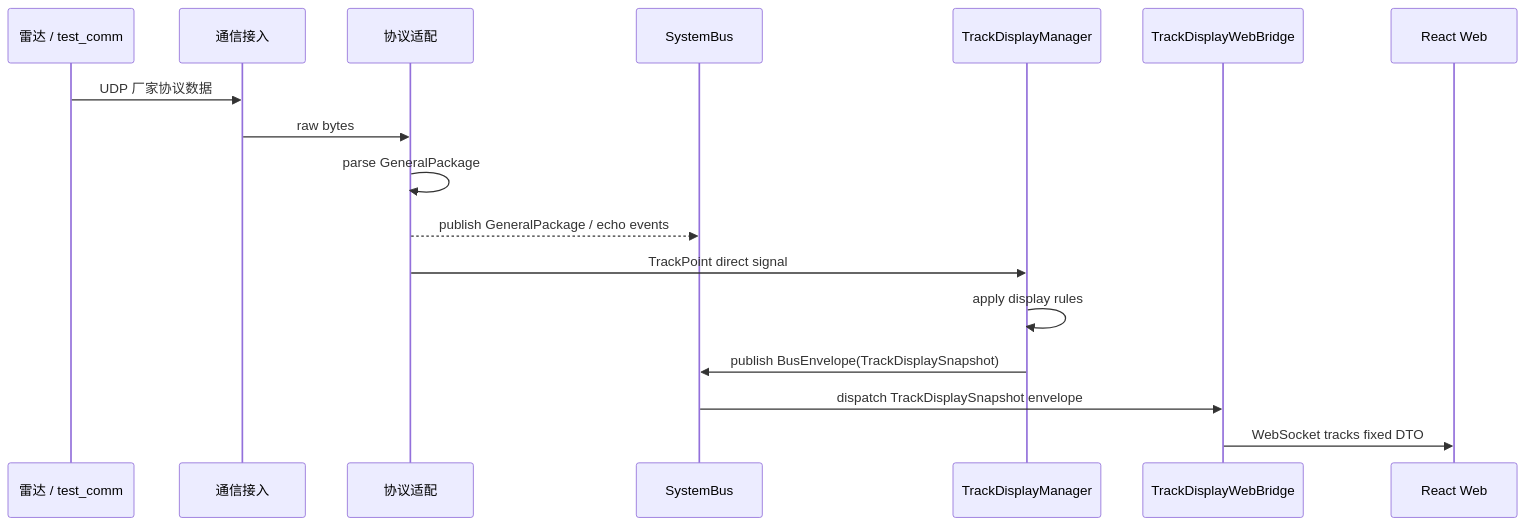
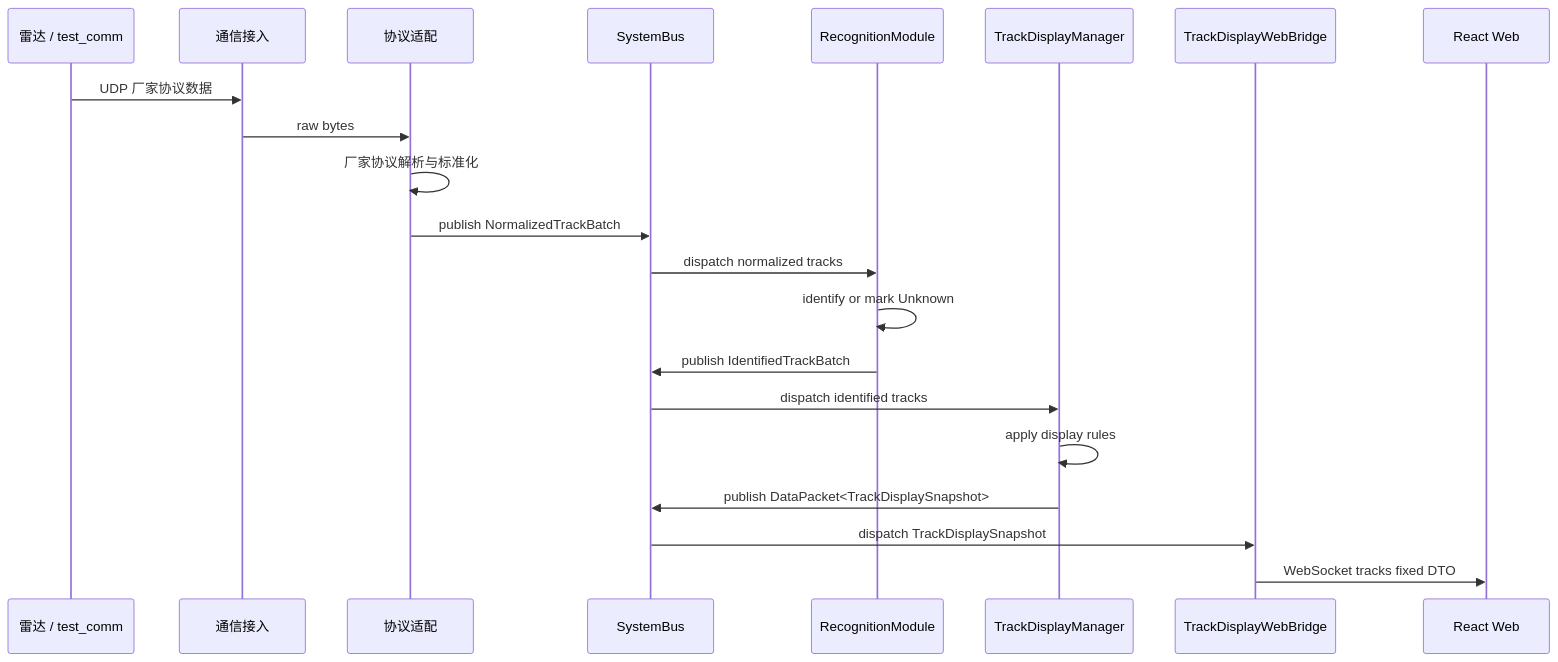
The first of 7 diagrams in doc/architecture/05-核心流程.md (YoungL524/newAnti_arch), drawn with Mermaid before and after one commit. The commit also changed other lines of this file and 33 other files, not shown here.

````diff
--- a/doc/architecture/05-核心流程.md
+++ b/doc/architecture/05-核心流程.md
@@ -8,20 +8,24 @@
 ```mermaid
 sequenceDiagram
     participant Radar as 雷达 / test_comm
     participant Comm as 通信接入
     participant Adapter as 协议适配
     participant Bus as SystemBus
+    participant Recognition as RecognitionModule
     participant Track as TrackDisplayManager
     participant WebBridge as TrackDisplayWebBridge
     participant UI as React Web
 
     Radar->>Comm: UDP 厂家协议数据
     Comm->>Adapter: raw bytes
-    Adapter->>Adapter: parse GeneralPackage
-    Adapter-->>Bus: publish GeneralPackage / echo events
-    Adapter->>Track: TrackPoint direct signal
+    Adapter->>Adapter: 厂家协议解析与标准化
+    Adapter->>Bus: publish NormalizedTrackBatch
+    Bus->>Recognition: dispatch normalized tracks
+    Recognition->>Recognition: identify or mark Unknown
+    Recognition->>Bus: publish IdentifiedTrackBatch
+    Bus->>Track: dispatch identified tracks
     Track->>Track: apply display rules
-    Track->>Bus: publish BusEnvelope(TrackDisplaySnapshot)
-    Bus->>WebBridge: dispatch TrackDisplaySnapshot envelope
+    Track->>Bus: publish DataPacket<TrackDisplaySnapshot>
+    Bus->>WebBridge: dispatch TrackDisplaySnapshot
     WebBridge->>UI: WebSocket tracks fixed DTO
 ```
````
